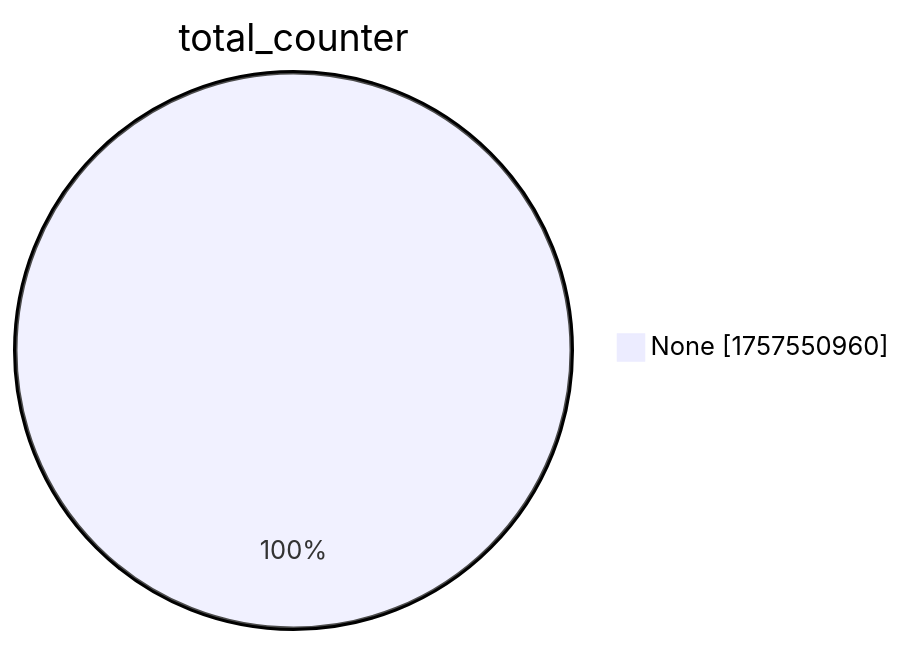
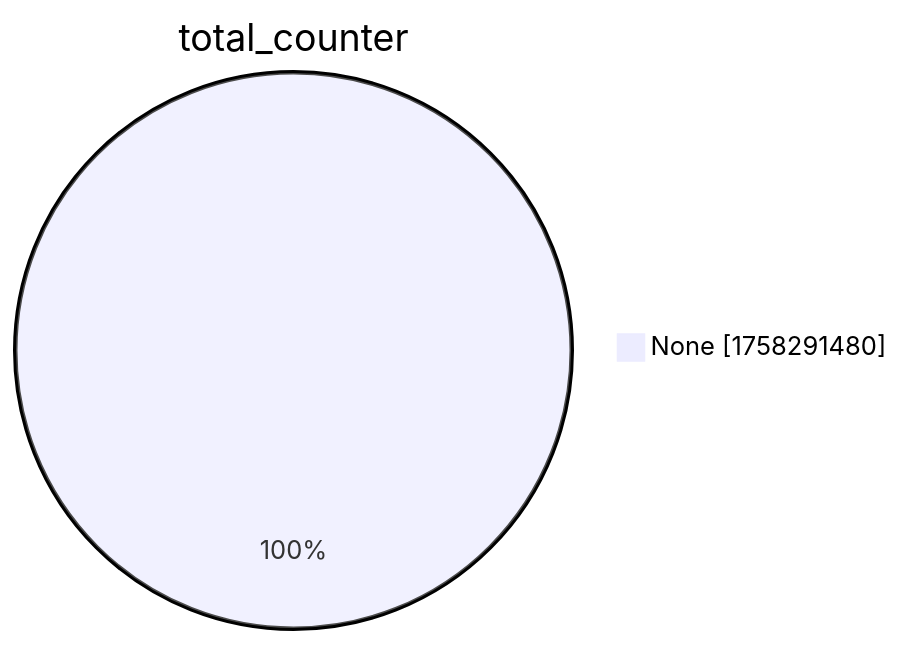
The second of 15 diagrams in xenon2022/README.md (christiankrug/ctmonitor_visualization), drawn with Mermaid before and after one commit. The commit also changed other lines of this file, not shown here.

````diff
--- a/xenon2022/README.md
+++ b/xenon2022/README.md
@@ -9,5 +9,5 @@
 ```mermaid
 pie showData
 title total_counter
-"None" :1757550960
+"None" :1758291480
 ```
````
